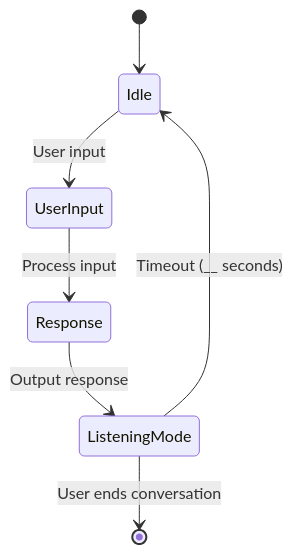
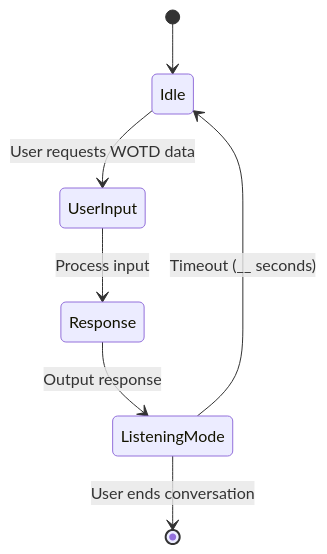
The first of 2 diagrams in Lab 3/README.md (ji227/Jesse-Iriah-s-Lab-Hub), drawn with Mermaid before and after one commit. The commit also changed other lines of this file, not shown here.

````diff
--- a/Lab 3/README.md
+++ b/Lab 3/README.md
@@ -49,9 +49,9 @@
 ```mermaid
 stateDiagram-v2
     [*] --> Idle
-    Idle --> UserInput : User input
+    Idle --> UserInput : User requests WOTD data
     UserInput --> Response : Process input 
     Response --> ListeningMode : Output response
     ListeningMode --> Idle : Timeout (__ seconds)
     ListeningMode --> [*] : User ends conversation
 ```
````
